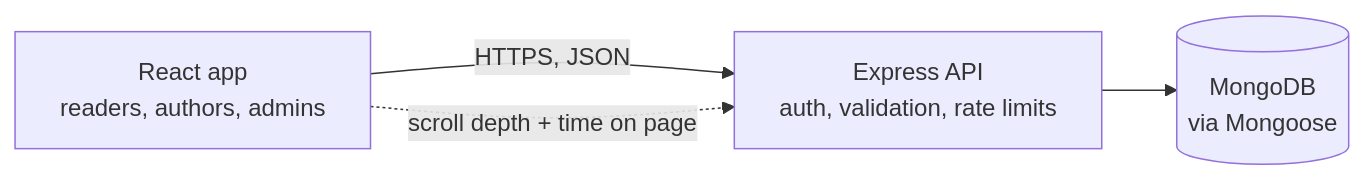
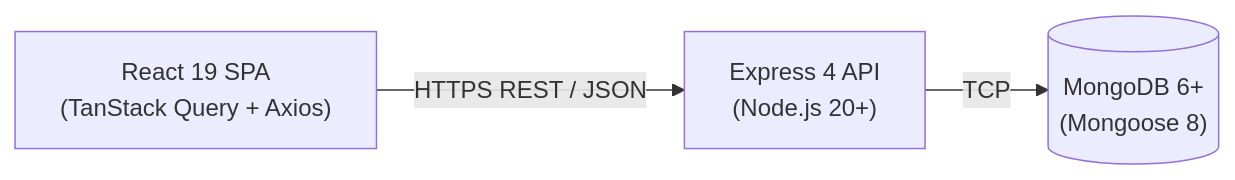
One commit to Purvesh-PJ/bloghub changed the diagram in README.md. Above: the diagram before and after it, drawn with Mermaid. The commit also changed other lines of this file and 3 other files, not shown here.

````diff
--- a/README.md
+++ b/README.md
@@ -35,6 +35,9 @@
 ```mermaid
 flowchart LR
-    A["React app<br/>readers, authors, admins"] -->|"HTTPS, JSON"| B["Express API<br/>auth, validation, rate limits"]
-    B --> C[("MongoDB<br/>via Mongoose")]
-    A -. "scroll depth + time on page" .-> B
+    Client["React 19 SPA<br/>(TanStack Query + Axios)"]
+    API["Express 4 API<br/>(Node.js 20+)"]
+    DB[("MongoDB 6+<br/>(Mongoose 8)")]
+
+    Client -->|"HTTPS REST / JSON"| API
+    API -->|"TCP"| DB
 ```
````
